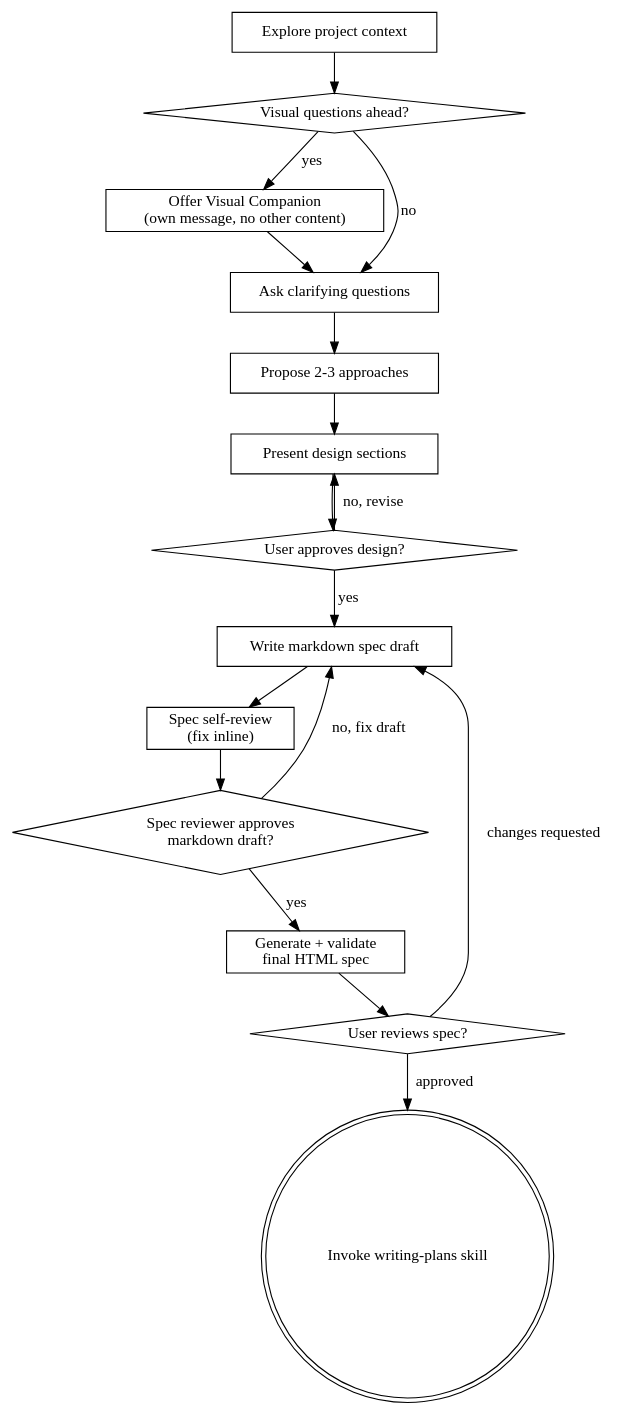
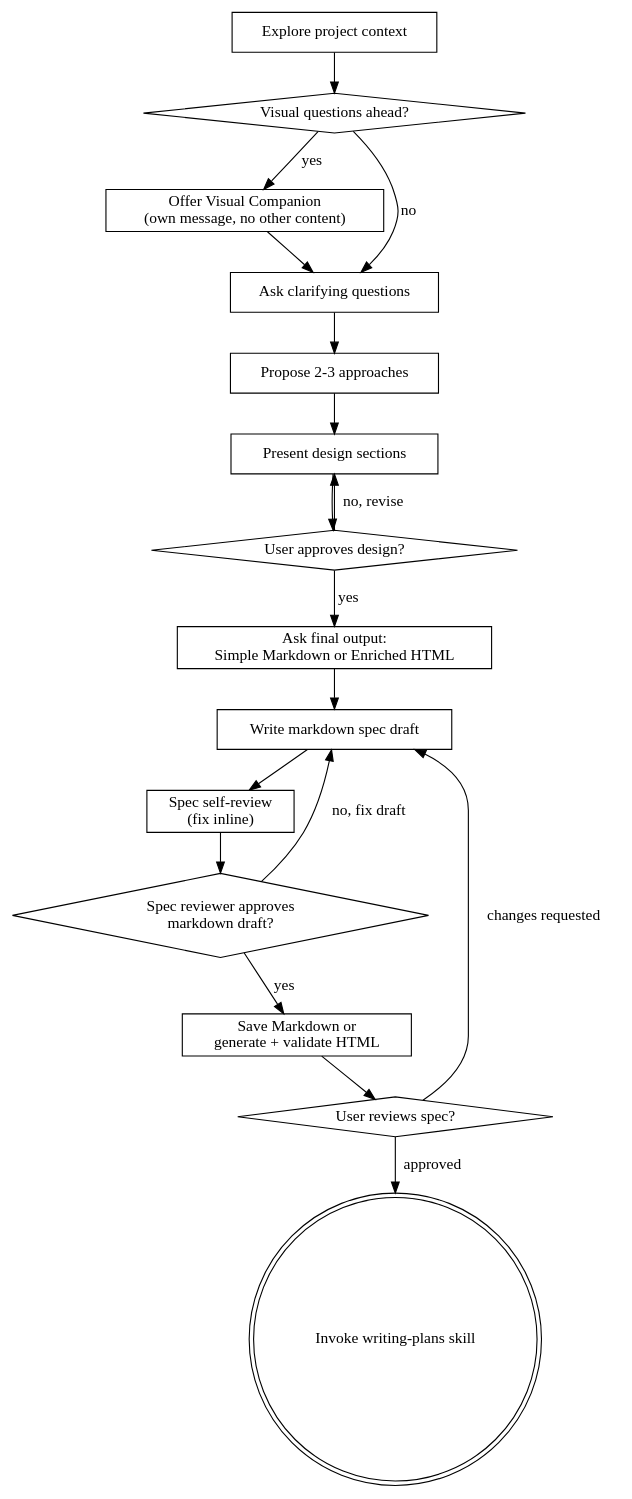
The diagram in skills/brainstorming/SKILL.md (bnema/softpowers), drawn with Graphviz before and after one commit. The commit also changed other lines of this file and 29 other files, not shown here.

````diff
--- a/skills/brainstorming/SKILL.md
+++ b/skills/brainstorming/SKILL.md
@@ -46,34 +47,36 @@
 ```dot
 digraph brainstorming {
     "Explore project context" [shape=box];
     "Visual questions ahead?" [shape=diamond];
     "Offer Visual Companion\n(own message, no other content)" [shape=box];
     "Ask clarifying questions" [shape=box];
     "Propose 2-3 approaches" [shape=box];
     "Present design sections" [shape=box];
     "User approves design?" [shape=diamond];
+    "Ask final output:\nSimple Markdown or Enriched HTML" [shape=box];
     "Write markdown spec draft" [shape=box];
     "Spec self-review\n(fix inline)" [shape=box];
     "Spec reviewer approves\nmarkdown draft?" [shape=diamond];
-    "Generate + validate\nfinal HTML spec" [shape=box];
+    "Save Markdown or\ngenerate + validate HTML" [shape=box];
     "User reviews spec?" [shape=diamond];
     "Invoke writing-plans skill" [shape=doublecircle];
 
     "Explore project context" -> "Visual questions ahead?";
     "Visual questions ahead?" -> "Offer Visual Companion\n(own message, no other content)" [label="yes"];
     "Visual questions ahead?" -> "Ask clarifying questions" [label="no"];
     "Offer Visual Companion\n(own message, no other content)" -> "Ask clarifying questions";
     "Ask clarifying questions" -> "Propose 2-3 approaches";
     "Propose 2-3 approaches" -> "Present design sections";
     "Present design sections" -> "User approves design?";
     "User approves design?" -> "Present design sections" [label="no, revise"];
-    "User approves design?" -> "Write markdown spec draft" [label="yes"];
+    "User approves design?" -> "Ask final output:\nSimple Markdown or Enriched HTML" [label="yes"];
+    "Ask final output:\nSimple Markdown or Enriched HTML" -> "Write markdown spec draft";
     "Write markdown spec draft" -> "Spec self-review\n(fix inline)";
     "Spec self-review\n(fix inline)" -> "Spec reviewer approves\nmarkdown draft?";
     "Spec reviewer approves\nmarkdown draft?" -> "Write markdown spec draft" [label="no, fix draft"];
-    "Spec reviewer approves\nmarkdown draft?" -> "Generate + validate\nfinal HTML spec" [label="yes"];
-    "Generate + validate\nfinal HTML spec" -> "User reviews spec?";
+    "Spec reviewer approves\nmarkdown draft?" -> "Save Markdown or\ngenerate + validate HTML" [label="yes"];
+    "Save Markdown or\ngenerate + validate HTML" -> "User reviews spec?";
     "User reviews spec?" -> "Write markdown spec draft" [label="changes requested"];
     "User reviews spec?" -> "Invoke writing-plans skill" [label="approved"];
 }
 ```
````
